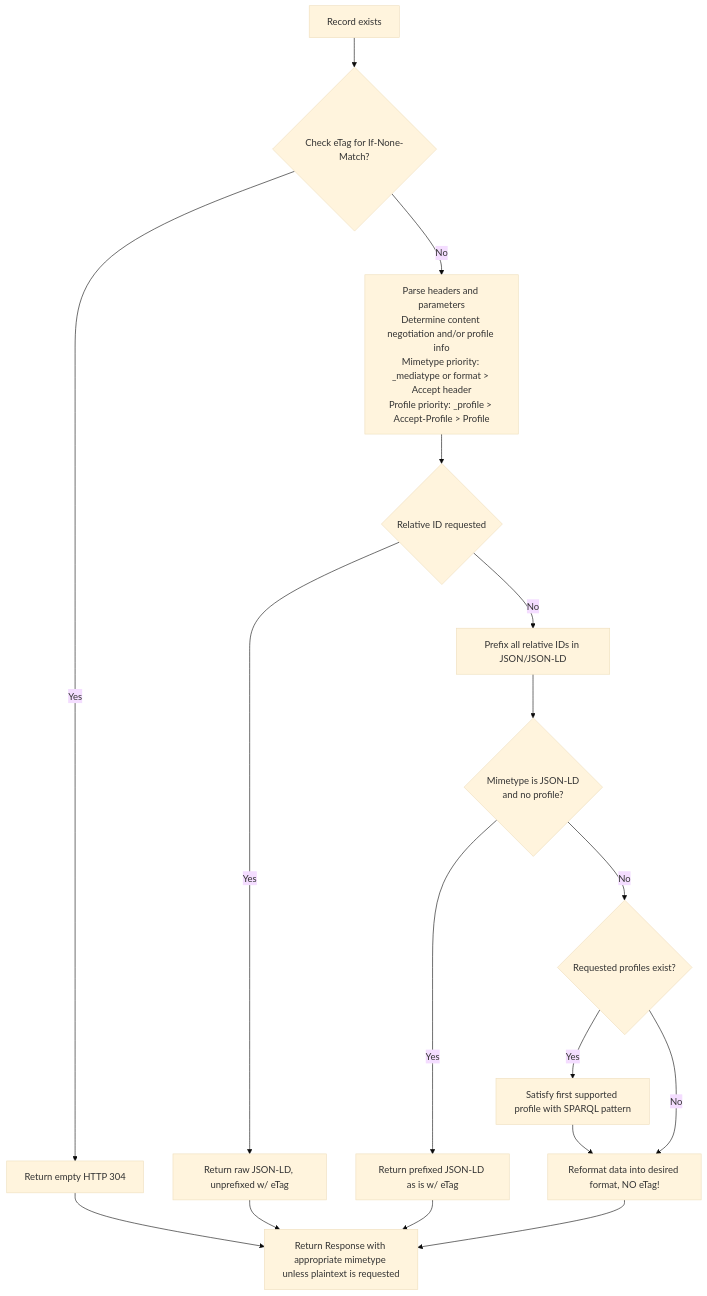
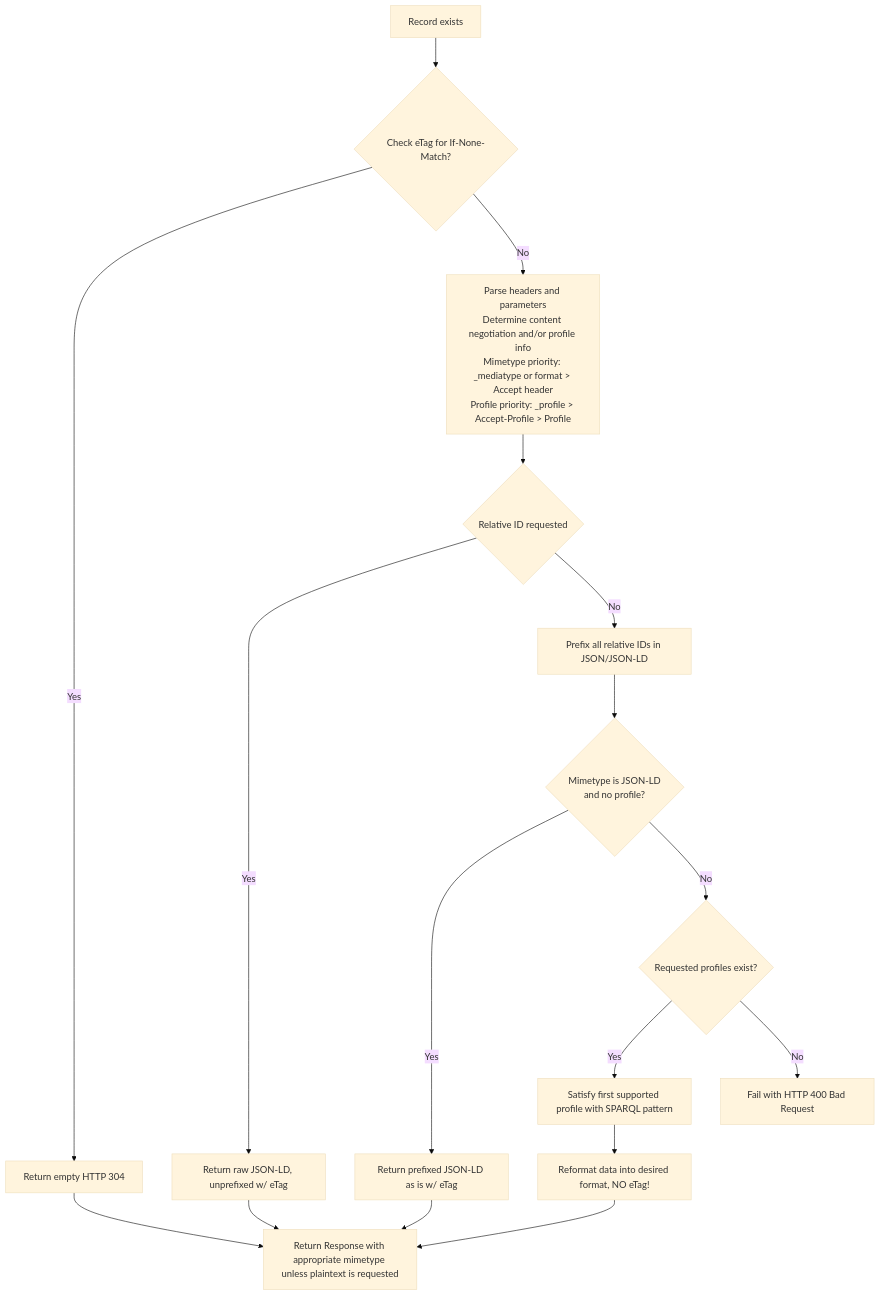
The diagram in documentation/content_negotiation.md (thegetty/lod-gateway), drawn with Mermaid (base theme) before and after one commit.

Commit message:
Update content_negotiation.md
Needed to change the docs due to a small change of handling unavailable profiles

````diff
--- a/documentation/content_negotiation.md
+++ b/documentation/content_negotiation.md
@@ -26,16 +26,16 @@
 ```mermaid
 graph TD
     A[Record exists] --> B{Check eTag for If-None-Match?}
     B -- Yes --> M[Return empty HTTP 304] --> K
     B -- No --> C
     C[Parse headers and parameters<br>Determine content negotiation and/or profile info<br>Mimetype priority: _mediatype or format > Accept header<br>Profile priority: _profile > Accept-Profile > Profile] --> D{Relative ID requested}
     D -- Yes --> N[Return raw JSON-LD, unprefixed w/ eTag] --> K
     D -- No --> F[Prefix all relative IDs in JSON/JSON-LD]
     F --> G{Mimetype is JSON-LD<br>and no profile?}
     G -- Yes --> H[Return prefixed JSON-LD as is w/ eTag] --> K
     G -- No --> I{Requested profiles exist?}
     I -- Yes --> J[Satisfy first supported profile with SPARQL pattern] --> Q
     Q[Reformat data into desired format, NO eTag!] --> K
-    I -- No --> Q
+    I -- No --> Z[Fail with HTTP 400 Bad Request]
     K[Return Response with appropriate mimetype unless plaintext is requested]
 ```
````
